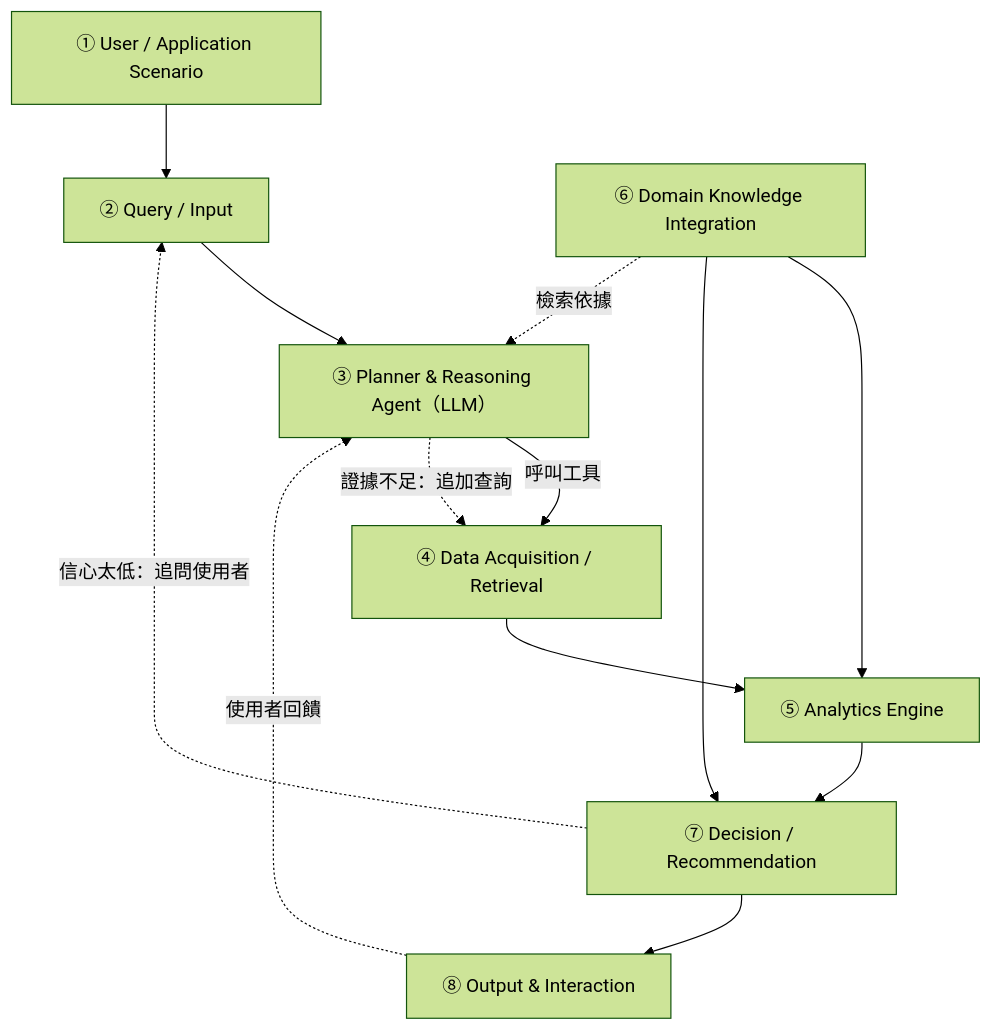
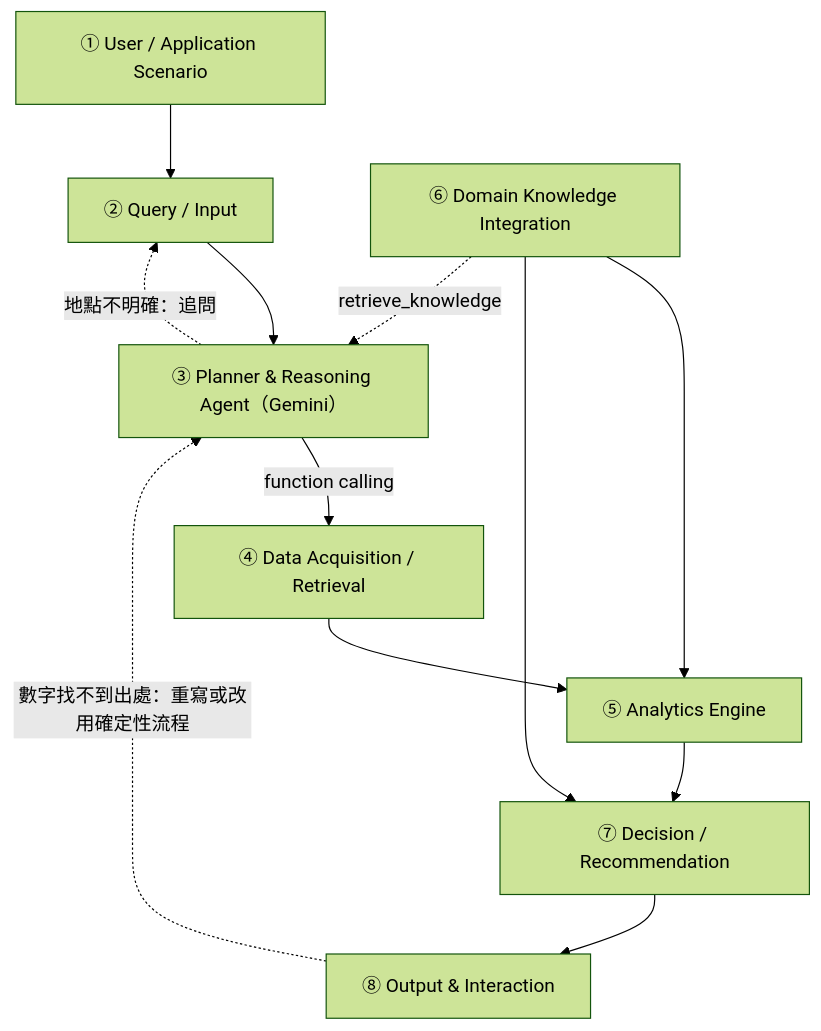
One commit to A0966411725-png/AirSleuth changed the diagram in DESIGN.md. Above: the diagram before and after it, drawn with Mermaid (forest theme). The commit also changed other lines of this file and 273 other files, not shown here.

````diff
--- a/DESIGN.md
+++ b/DESIGN.md
@@ -43,15 +42,14 @@
 ```mermaid
 flowchart TB
     U["① User / Application Scenario"] --> Q["② Query / Input"]
-    Q --> AG["③ Planner & Reasoning Agent（LLM）"]
-    AG -->|呼叫工具| DA["④ Data Acquisition / Retrieval"]
+    Q --> AG["③ Planner & Reasoning Agent（Gemini）"]
+    AG -->|function calling| DA["④ Data Acquisition / Retrieval"]
     DA --> AN["⑤ Analytics Engine"]
     AN --> DE["⑦ Decision / Recommendation"]
     KN["⑥ Domain Knowledge Integration"] --> AN
     KN --> DE
-    KN -.檢索依據.-> AG
+    KN -.retrieve_knowledge.-> AG
     DE --> OU["⑧ Output & Interaction"]
-    AG -.證據不足：追加查詢.-> DA
-    DE -.信心太低：追問使用者.-> Q
-    OU -.使用者回饋.-> AG
+    AG -.地點不明確：追問.-> Q
+    OU -.數字找不到出處：重寫或改用確定性流程.-> AG
 ```
````
